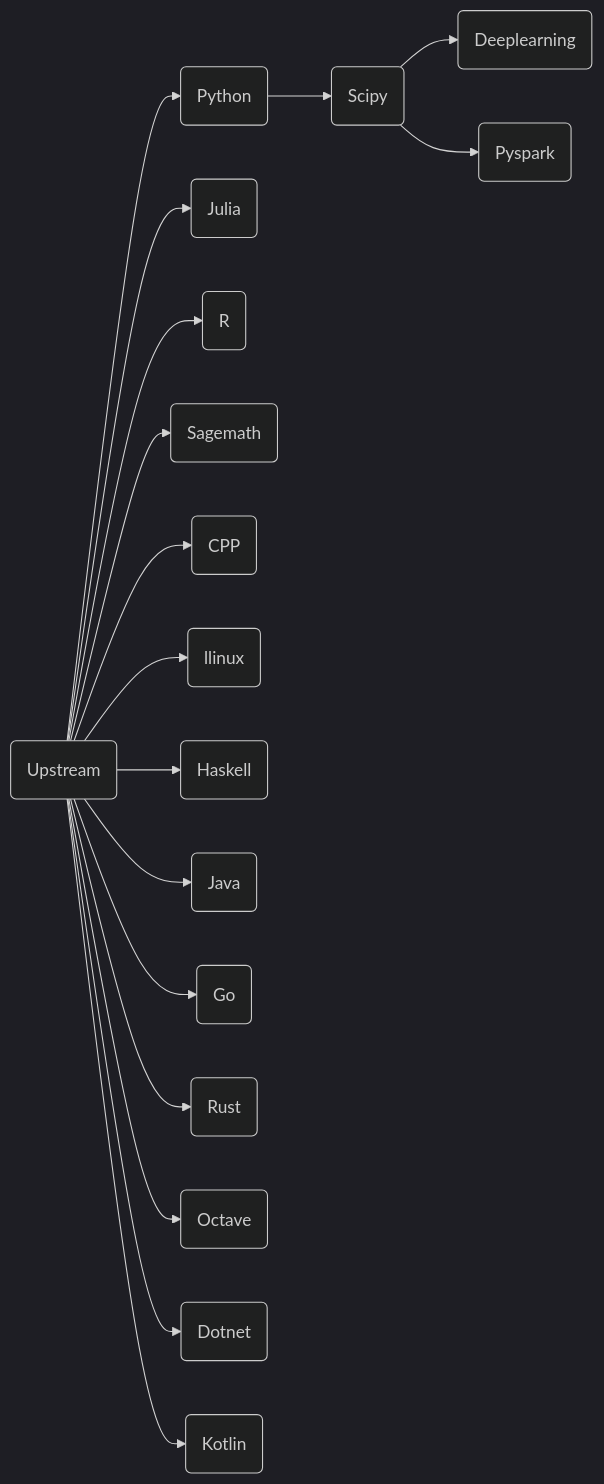
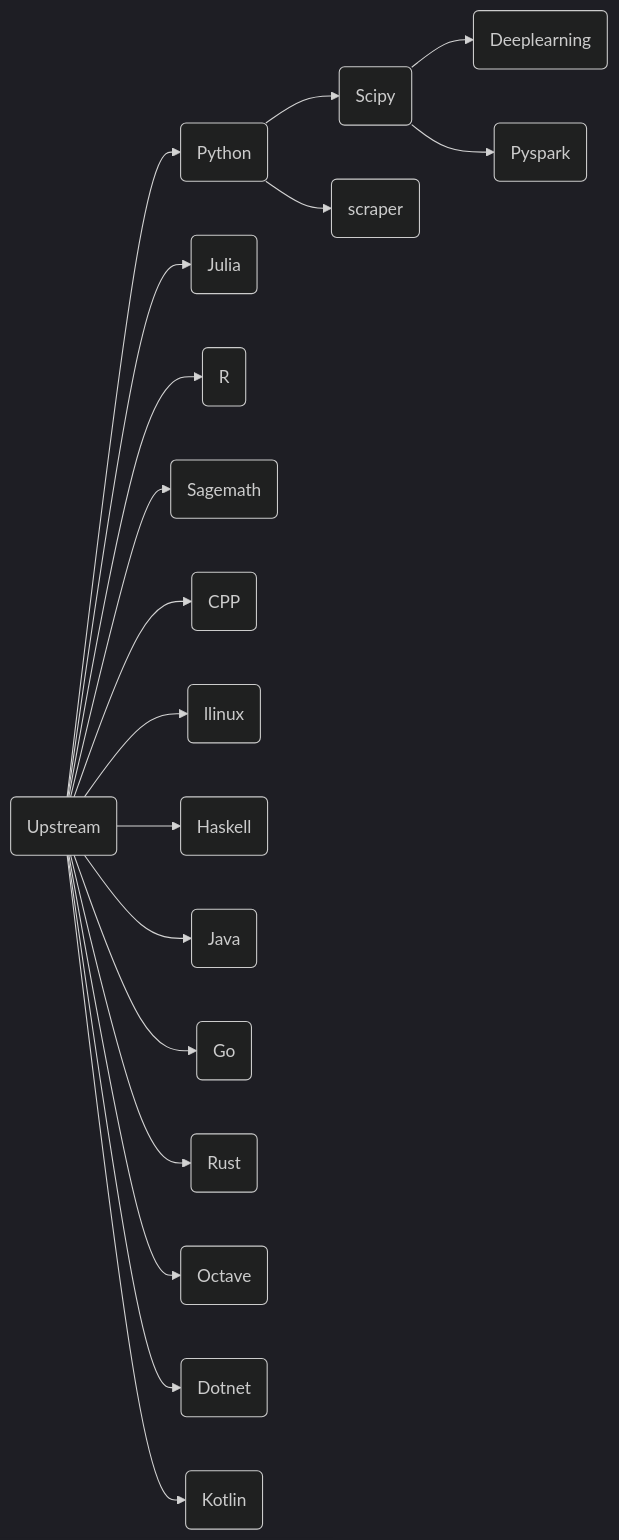
Before and after one commit to ben0i0d/jupyter-image-stacks: the diagram in README.md, drawn with Mermaid (dark theme). The commit also changed other lines of this file and 2 other files, not shown here.

Commit message:
ADD  scraper

````diff
--- a/README.md
+++ b/README.md
@@ -138,18 +139,20 @@
 ```mermaid
 graph LR
-A(Upstream)-->B(Python)-->C(Scipy)
-C(Scipy)-->D(Deeplearning)  
-C(Scipy)-->E(Pyspark)  
-A-->F(Julia)
-A-->G(R)
-A-->H(Sagemath)
-A-->I(CPP)
-A-->J(llinux)
-A-->K(Haskell)
-A-->L(Java)
-A-->M(Go)
-A-->N(Rust)
-A-->O(Octave)
-A-->P(Dotnet)
-A-->Q(Kotlin)
+A(Upstream)-->B(Python)
+B-->C(Scipy)
+B-->D(scraper)
+C(Scipy)-->E(Deeplearning)  
+C(Scipy)-->F(Pyspark)  
+A-->G(Julia)
+A-->H(R)
+A-->I(Sagemath)
+A-->J(CPP)
+A-->K(llinux)
+A-->L(Haskell)
+A-->M(Java)
+A-->N(Go)
+A-->O(Rust)
+A-->P(Octave)
+A-->Q(Dotnet)
+A-->R(Kotlin)
 ```  
````
